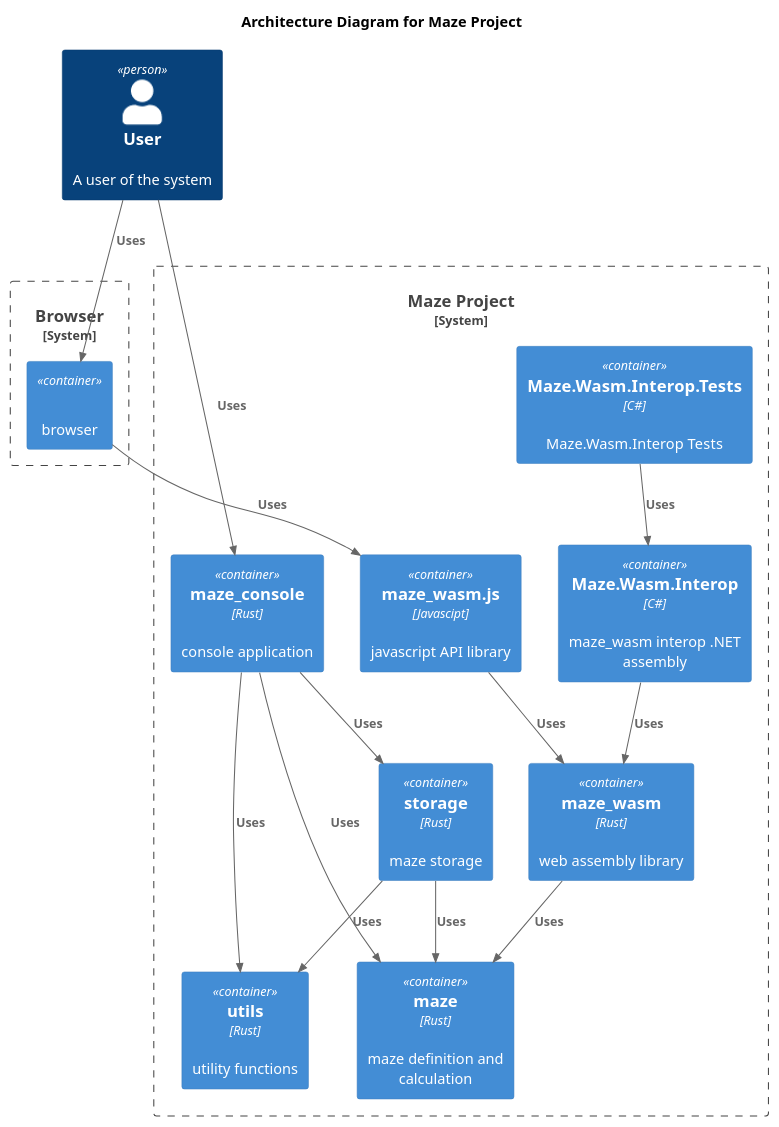
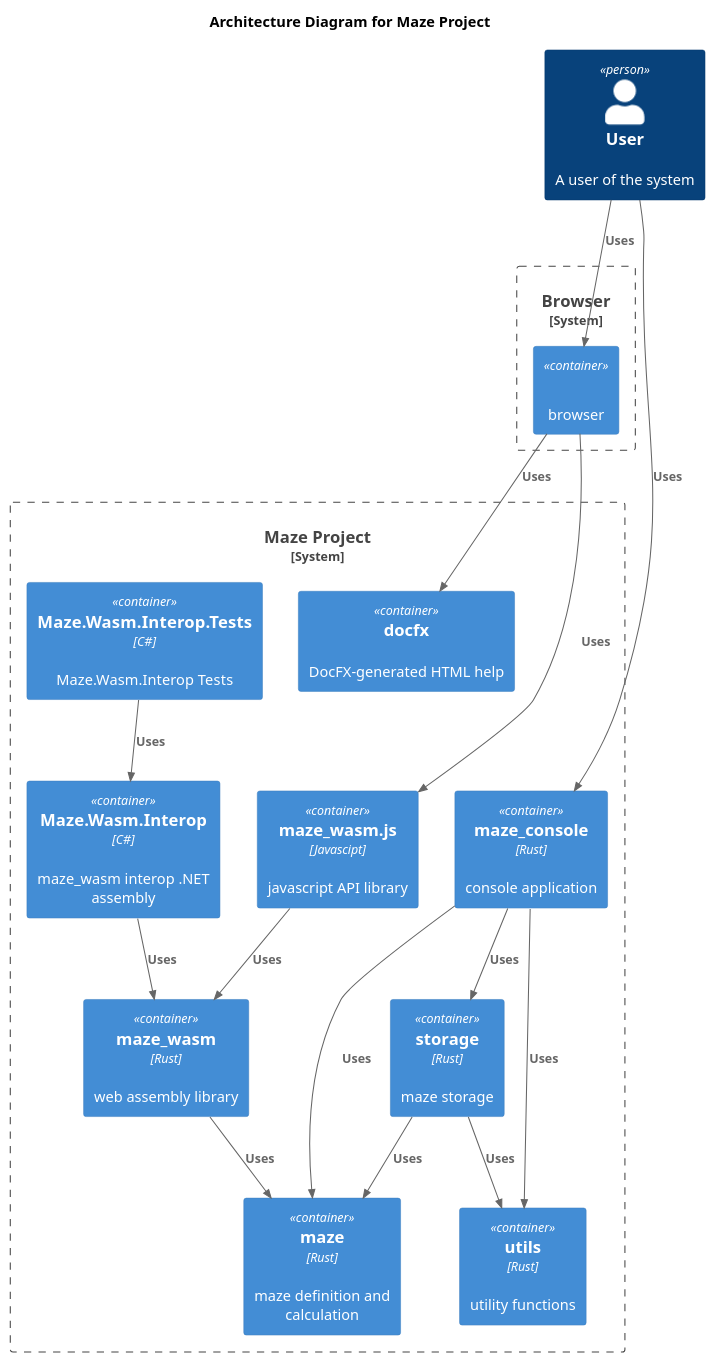
One commit to budgiedownunder/maze changed the diagram in docs/diagrams/architecture.puml. Above: the diagram before and after it, drawn with PlantUML.

Commit message:
Add docfx to architecture diagram

```diff
--- a/docs/diagrams/architecture.puml
+++ b/docs/diagrams/architecture.puml
@@ -2,37 +2,39 @@
 @startuml
 
 !include https://raw.githubusercontent.com/plantuml-stdlib/C4-PlantUML/master/C4_Container.puml
 
 title Architecture Diagram for Maze Project
 
 Person(user, "User", "A user of the system")
 
 System_Boundary(c1, "Browser") {
     Container(browser, "", "", "browser")
 }
 
 System_Boundary(c2, "Maze Project") {
+    Container(docfx, "docfx", "", "DocFX-generated HTML help")
     Container(maze_wasm_interop_net_tests, "Maze.Wasm.Interop.Tests", "C#", "Maze.Wasm.Interop Tests")
     Container(maze_wasm_interop_net, "Maze.Wasm.Interop", "C#", "maze_wasm interop .NET assembly")
     Container(maze_wasm_js, "maze_wasm.js", "Javascipt", "javascript API library")
     Container(maze_wasm, "maze_wasm", "Rust", "web assembly library")
     Container(maze_console, "maze_console", "Rust", "console application")
     Container(storage, "storage", "Rust", "maze storage")
     Container(maze, "maze", "Rust", "maze definition and calculation")
     Container(utils, "utils", "Rust", "utility functions")
 }
 
+Rel(user, browser, "Uses")
+Rel(browser, docfx, "Uses")
+Rel(browser, maze_wasm_js, "Uses")
 Rel(user, maze_console, "Uses")
 Rel(maze_console, maze, "Uses")
 Rel(maze_console, storage, "Uses")
 Rel(maze_console, utils, "Uses")
-Rel(user, browser, "Uses")
-Rel(browser, maze_wasm_js, "Uses")
 Rel(maze_wasm_interop_net_tests, maze_wasm_interop_net, "Uses")
 Rel(maze_wasm_interop_net, maze_wasm, "Uses")
 Rel(maze_wasm_js, maze_wasm, "Uses")
 Rel(maze_wasm, maze, "Uses")
 Rel(storage, maze, "Uses")
 Rel(storage, utils, "Uses")
 
 @enduml
```
